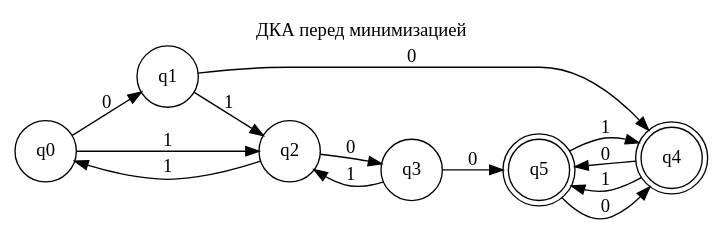
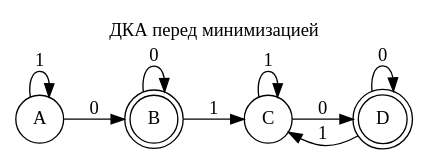
One commit to GhostManSSR/Vyz_study changed the diagram in NKAminimizationDKA/app/graphs/дка_перед_минимизацией.dot. Above: the diagram before and after it, drawn with Graphviz. The commit also changed 11 other files, not shown here.

```diff
--- a/NKAminimizationDKA/app/graphs/дка_перед_минимизацией.dot
+++ b/NKAminimizationDKA/app/graphs/дка_перед_минимизацией.dot
@@ -1,23 +1,17 @@
 digraph Automaton {
     rankdir=LR;
     graph [label="ДКА перед минимизацией", labelloc=t];
     node [shape=circle];
-    "q0" [label="q0"];
-    "q1" [label="q1"];
-    "q2" [label="q2"];
-    "q3" [label="q3"];
-    "q4" [label="q4", shape=doublecircle];
-    "q5" [label="q5", shape=doublecircle];
-    "q0" -> "q1" [label="0"];
-    "q0" -> "q2" [label="1"];
-    "q1" -> "q4" [label="0"];
-    "q1" -> "q2" [label="1"];
-    "q2" -> "q3" [label="0"];
-    "q2" -> "q0" [label="1"];
-    "q3" -> "q5" [label="0"];
-    "q3" -> "q2" [label="1"];
-    "q4" -> "q5" [label="0"];
-    "q4" -> "q5" [label="1"];
-    "q5" -> "q4" [label="0"];
-    "q5" -> "q4" [label="1"];
+    "A" [label="A"];
+    "B" [label="B", shape=doublecircle];
+    "C" [label="C"];
+    "D" [label="D", shape=doublecircle];
+    "A" -> "B" [label="0"];
+    "A" -> "A" [label="1"];
+    "B" -> "B" [label="0"];
+    "B" -> "C" [label="1"];
+    "C" -> "D" [label="0"];
+    "C" -> "C" [label="1"];
+    "D" -> "D" [label="0"];
+    "D" -> "C" [label="1"];
 }
```
